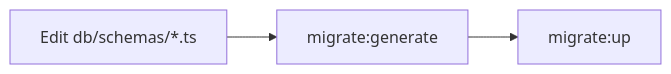
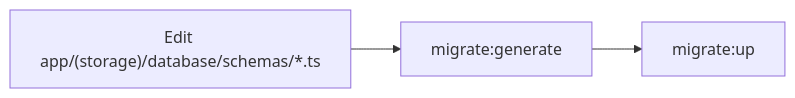
One commit to fadhlidev/workspace changed the second of 2 diagrams in README.md. Above: the diagram before and after it, drawn with Mermaid. The commit also changed other lines of this file and 123 other files, not shown here.

First line of the commit message:
refactor: restructure project into route-group based architecture

````diff
--- a/README.md
+++ b/README.md
@@ -79,5 +76,5 @@
 ```mermaid
 flowchart LR
-  A["Edit db/schemas/*.ts"] --> B["migrate:generate"]
+  A["Edit app/(storage)/database/schemas/*.ts"] --> B["migrate:generate"]
   B --> C["migrate:up"]
 ```
````
